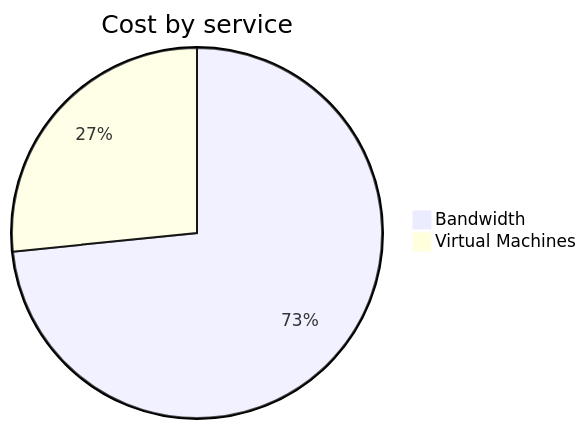
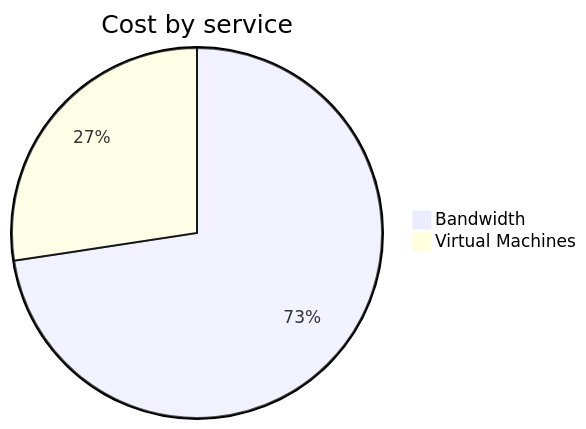
Before and after one commit to jpfulton/azure-personal-reports: the second of 4 diagrams in cost-reports/personal-network/vpn-server.md, drawn with Mermaid. The commit also changed other lines of this file and 8 other files, not shown here.

````diff
--- a/cost-reports/personal-network/vpn-server.md
+++ b/cost-reports/personal-network/vpn-server.md
@@ -92,6 +92,6 @@
 ```mermaid
 pie
    title Cost by service
    "Bandwidth" : 12.22
-   "Virtual Machines" : 4.43
+   "Virtual Machines" : 4.61
 ```
````
